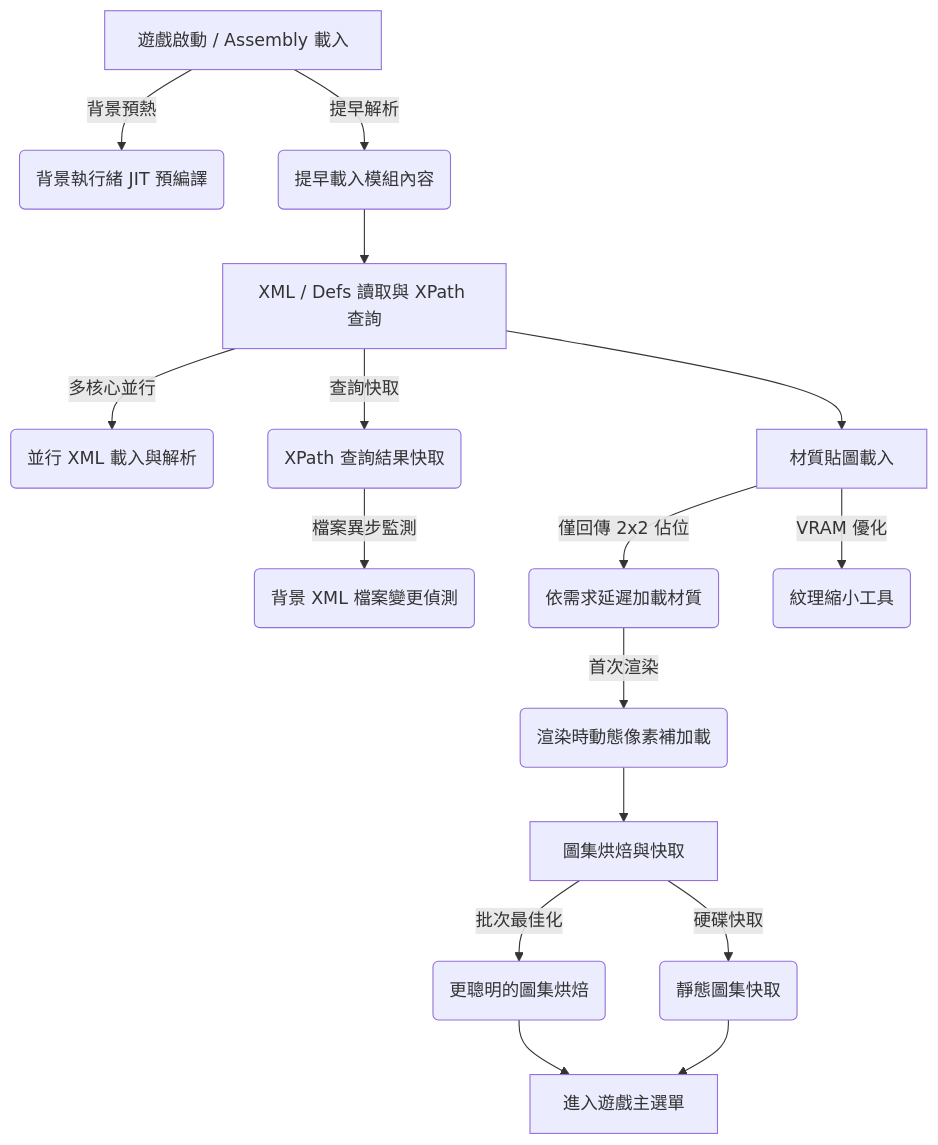
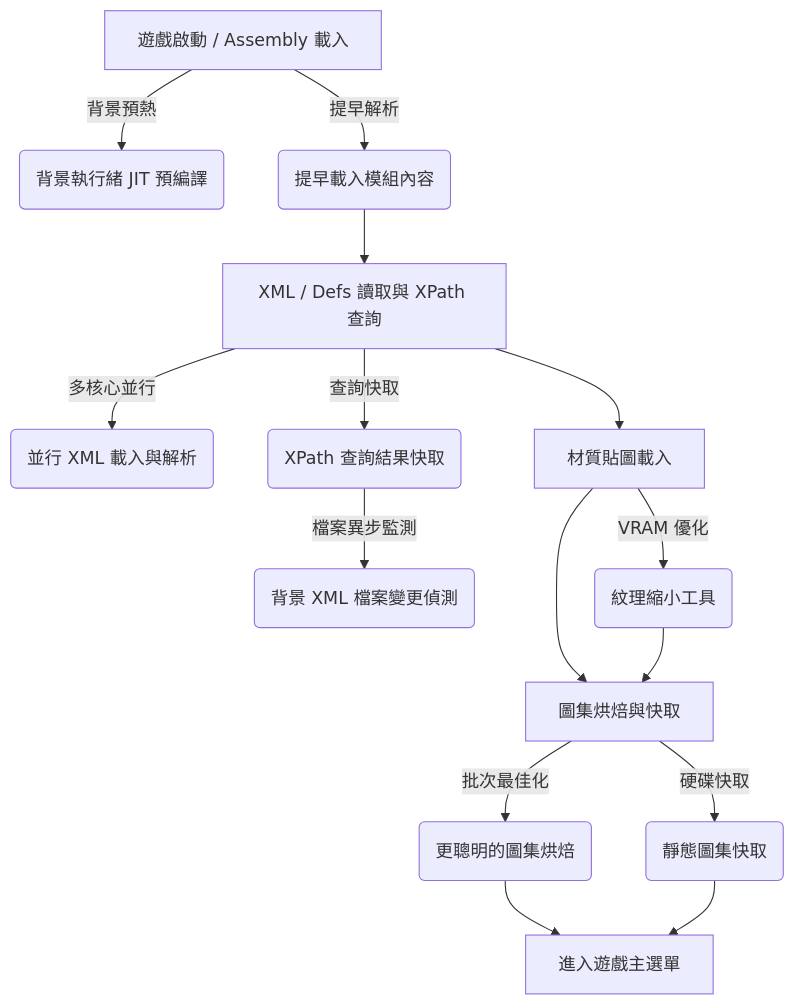
The diagram in README.md (mushroomTW/FasterGameLoading---Continued), drawn with Mermaid before and after one commit. The commit also changed other lines of this file and 51 other files, not shown here.

````diff
--- a/README.md
+++ b/README.md
@@ -13,18 +13,17 @@
 ```mermaid
 graph TD
     A[遊戲啟動 / Assembly 載入] -->|背景預熱| B(背景執行緒 JIT 預編譯)
     A -->|提早解析| C(提早載入模組內容)
     C --> D[XML / Defs 讀取與 XPath 查詢]
     D -->|多核心並行| E(並行 XML 載入與解析)
     D -->|查詢快取| F(XPath 查詢結果快取)
     F -->|檔案異步監測| G(背景 XML 檔案變更偵測)
     D --> H[材質貼圖載入]
-    H -->|僅回傳 2x2 佔位| I(依需求延遲加載材質)
-    I -->|首次渲染| J(渲染時動態像素補加載)
     H -->|VRAM 優化| K(紋理縮小工具)
-    J --> L[圖集烘焙與快取]
+    H --> L[圖集烘焙與快取]
+    K --> L
     L -->|批次最佳化| M(更聰明的圖集烘焙)
     L -->|硬碟快取| N(靜態圖集快取)
     M --> O[進入遊戲主選單]
     N --> O
 ```
````
